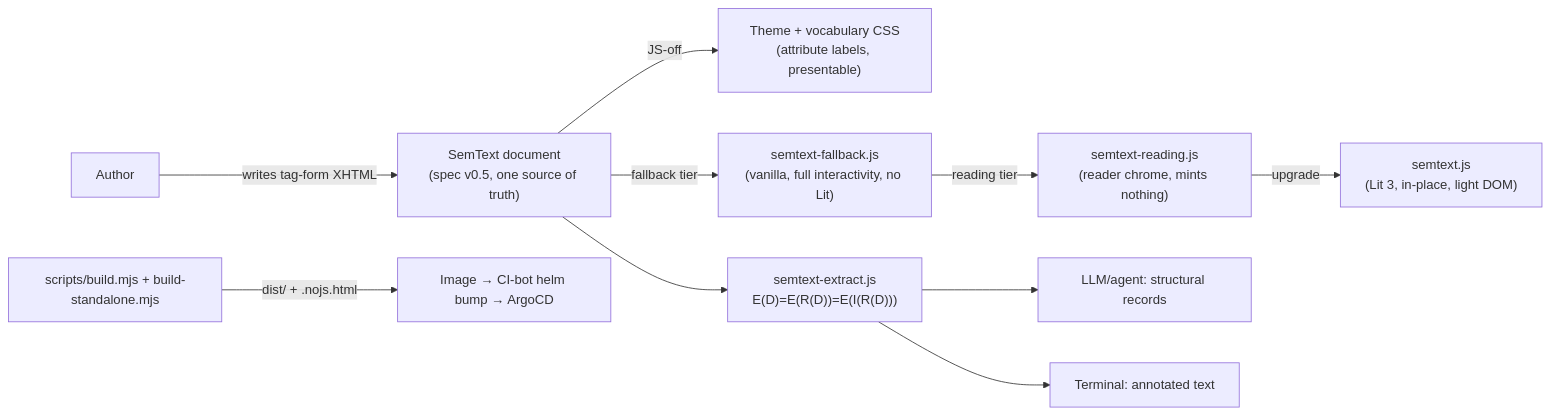
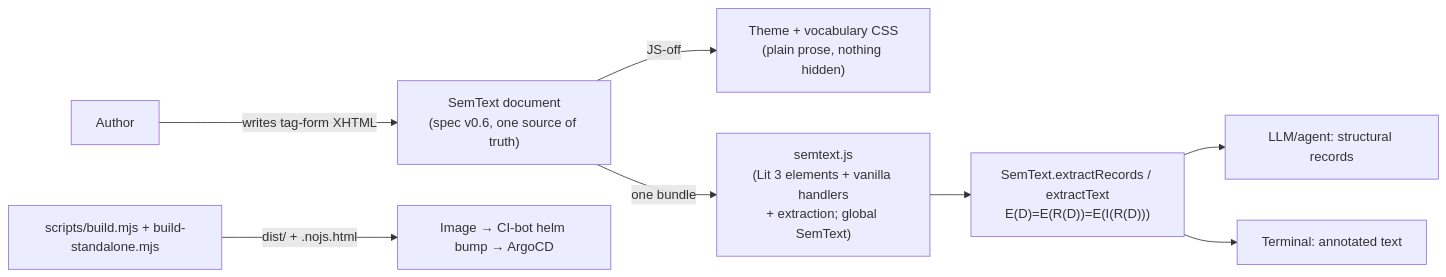
One commit to the-robot-lives/semtext.dev changed the diagram in docs/PROJ-ARCH.md. Above: the diagram before and after it, drawn with Mermaid. The commit also changed other lines of this file and 677 other files, not shown here.

````diff
--- a/docs/PROJ-ARCH.md
+++ b/docs/PROJ-ARCH.md
@@ -20,12 +21,10 @@
 ```mermaid
 graph LR
-    A[Author] -->|writes tag-form XHTML| D["SemText document<br/>(spec v0.5, one source of truth)"]
-    D -->|"JS-off"| F["Theme + vocabulary CSS<br/>(attribute labels, presentable)"]
-    D -->|"fallback tier"| FB["semtext-fallback.js<br/>(vanilla, full interactivity, no Lit)"]
-    FB -->|"reading tier"| RD["semtext-reading.js<br/>(reader chrome, mints nothing)"]
-    RD -->|"upgrade"| LIT["semtext.js<br/>(Lit 3, in-place, light DOM)"]
-    D --> X["semtext-extract.js<br/>E(D)=E(R(D))=E(I(R(D)))"]
+    A[Author] -->|writes tag-form XHTML| D["SemText document<br/>(spec v0.6, one source of truth)"]
+    D -->|"JS-off"| F["Theme + vocabulary CSS<br/>(plain prose, nothing hidden)"]
+    D -->|"one bundle"| S["semtext.js<br/>(Lit 3 elements + vanilla handlers<br/>+ extraction; global SemText)"]
+    S --> X["SemText.extractRecords / extractText<br/>E(D)=E(R(D))=E(I(R(D)))"]
     X --> AG["LLM/agent: structural records"]
     X --> TX["Terminal: annotated text"]
     B["scripts/build.mjs + build-standalone.mjs"] -->|"dist/ + .nojs.html"| H["Image → CI-bot helm bump → ArgoCD"]
 ```
````
